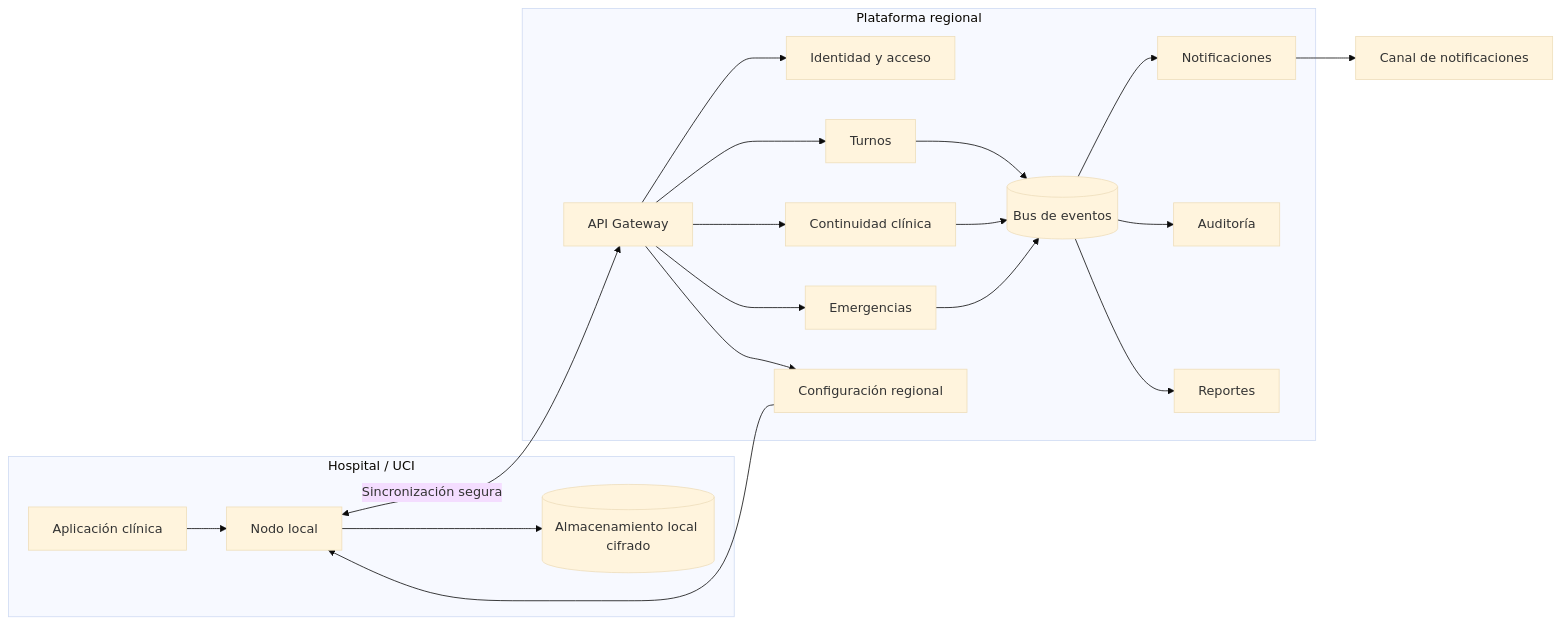
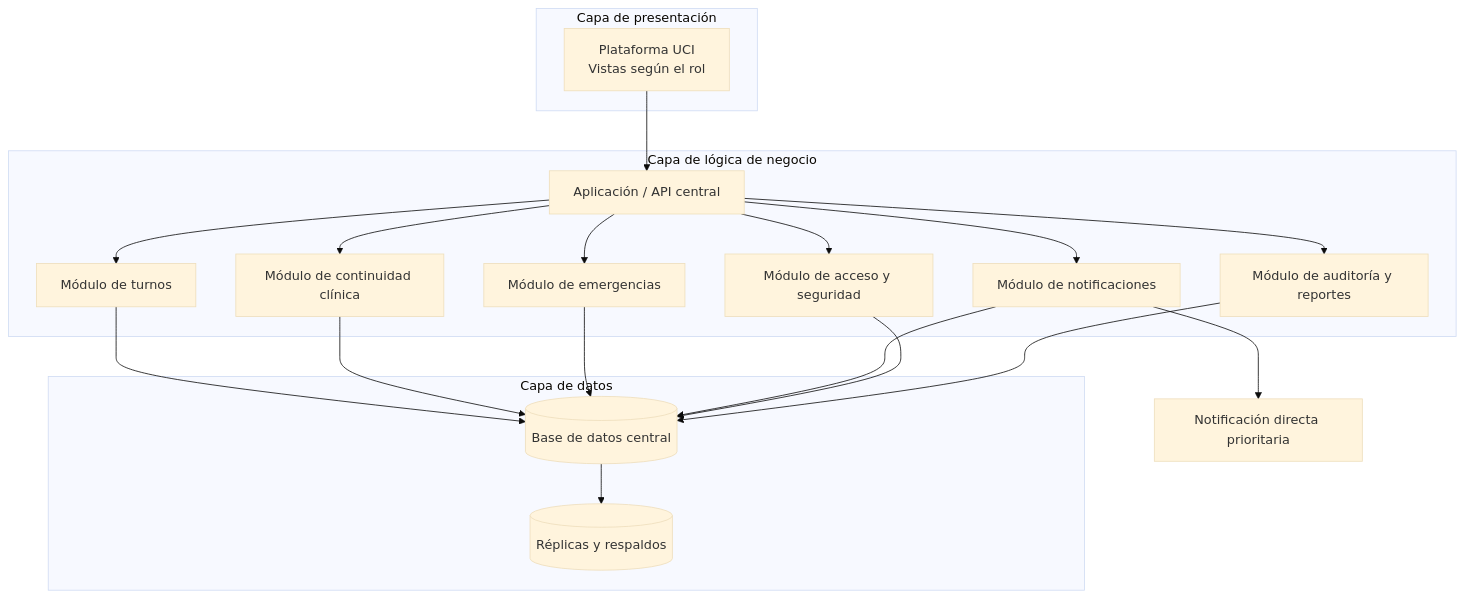
Before and after one commit to manyorycuevamendoza/ArquitecturaSoftware: the diagram in Lab1/Arquitectura.md, drawn with Mermaid (base theme). The commit also changed other lines of this file, not shown here.

````diff
--- a/Lab1/Arquitectura.md
+++ b/Lab1/Arquitectura.md
@@ -40,39 +31,38 @@
 ```mermaid
-flowchart LR
-    subgraph Hospital[Hospital / UCI]
-        UI[Aplicación clínica]
-        EDGE[Nodo local]
-        LOCAL[(Almacenamiento local cifrado)]
-        UI --> EDGE
-        EDGE --> LOCAL
+flowchart TB
+    subgraph Presentacion[Capa de presentación]
+        APP[Plataforma UCI<br/>Vistas según el rol]
     end
 
-    subgraph Region[Plataforma regional]
-        API[API Gateway]
-        IAM[Identidad y acceso]
-        TUR[Turnos]
-        CLI[Continuidad clínica]
-        EME[Emergencias]
-        NOT[Notificaciones]
-        ADM[Configuración regional]
-        AUD[Auditoría]
-        REP[Reportes]
-        BUS[(Bus de eventos)]
+    subgraph Negocio[Capa de lógica de negocio]
+        API[Aplicación / API central]
+        TUR[Módulo de turnos]
+        CLI[Módulo de continuidad clínica]
+        EME[Módulo de emergencias]
+        NOT[Módulo de notificaciones]
+        SEG[Módulo de acceso y seguridad]
+        AUD[Módulo de auditoría y reportes]
 
-        API --> IAM
         API --> TUR
         API --> CLI
         API --> EME
-        API --> ADM
-        TUR --> BUS
-        CLI --> BUS
-        EME --> BUS
-        BUS --> NOT
-        BUS --> AUD
-        BUS --> REP
+        API --> NOT
+        API --> SEG
+        API --> AUD
     end
 
-    EDGE <-->|Sincronización segura| API
-    NOT --> PUSH[Canal de notificaciones]
-    ADM --> EDGE
+    subgraph Datos[Capa de datos]
+        DB[(Base de datos central)]
+        RES[(Réplicas y respaldos)]
+        DB --> RES
+    end
+
+    APP --> API
+    TUR --> DB
+    CLI --> DB
+    EME --> DB
+    NOT --> DB
+    SEG --> DB
+    AUD --> DB
+    NOT --> PUSH[Notificación directa prioritaria]
 ```
````
